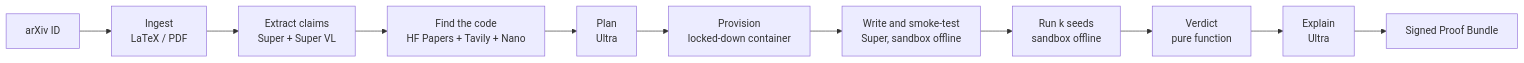
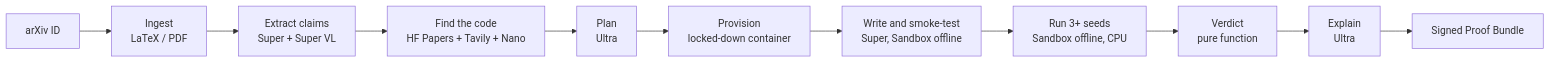
The diagram in README.md (atozzi-dev/paper2proof), drawn with Mermaid before and after one commit. The commit also changed other lines of this file and 3 other files, not shown here.

````diff
--- a/README.md
+++ b/README.md
@@ -58,13 +64,13 @@
 ```mermaid
 flowchart LR
     A["arXiv ID"] --> I["Ingest<br/>LaTeX / PDF"]
     I --> C["Extract claims<br/>Super + Super VL"]
     C --> D["Find the code<br/>HF Papers + Tavily + Nano"]
     D --> P["Plan<br/>Ultra"]
     P --> PR["Provision<br/>locked-down container"]
-    PR --> S["Write and smoke-test<br/>Super, sandbox offline"]
-    S --> E["Run k seeds<br/>sandbox offline"]
+    PR --> S["Write and smoke-test<br/>Super, Sandbox offline"]
+    S --> E["Run 3+ seeds<br/>Sandbox offline, CPU"]
     E --> V["Verdict<br/>pure function"]
     V --> J["Explain<br/>Ultra"]
     J --> B["Signed Proof Bundle"]
 ```
````
